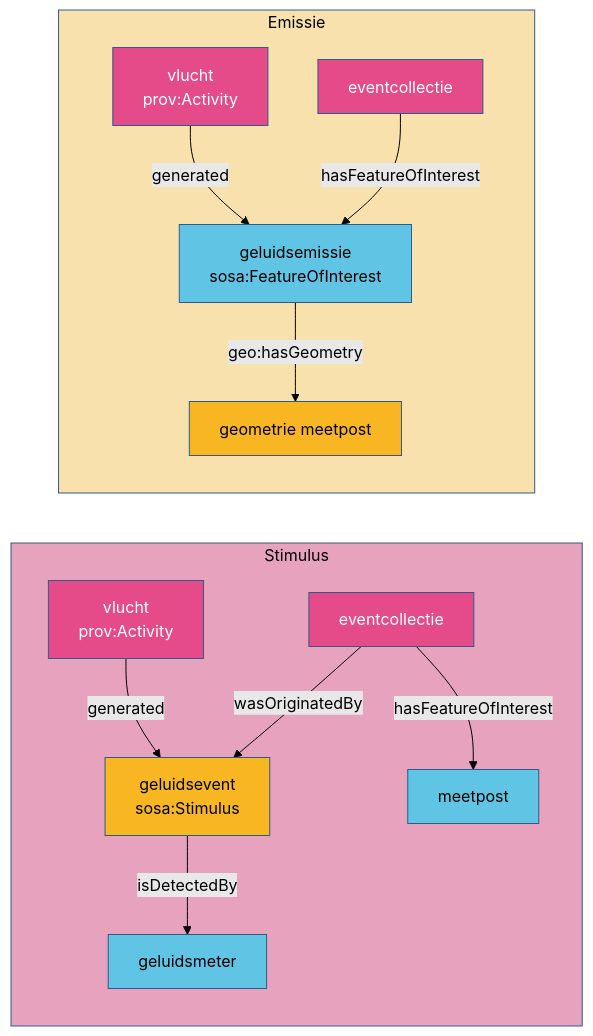
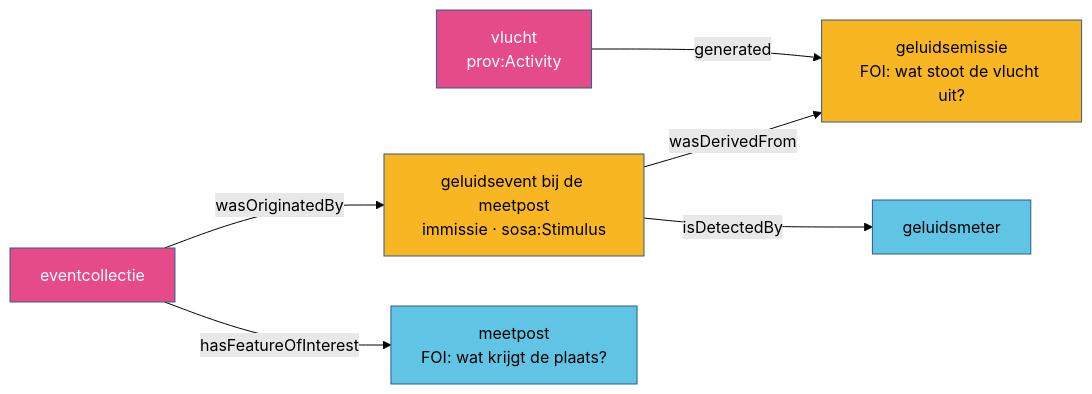
Before and after one commit to Informatievlaanderen/OSLOthema-SSNSOSA-VL: the diagram in docs/patronen/index.md, drawn with Mermaid (forest theme). The commit also changed other lines of this file and 12 other files, not shown here.

First line of the commit message:
Patroon emissie en immissie; geluidsmeetnet/keten

````diff
--- a/docs/patronen/index.md
+++ b/docs/patronen/index.md
@@ -22,26 +24,15 @@
 ```mermaid
 flowchart LR
-    subgraph ST["Stimulus"]
-        v1["vlucht<br/>prov:Activity"] -->|generated| e1["geluidsevent<br/>sosa:Stimulus"]
-        e1 -->|isDetectedBy| s1["geluidsmeter"]
-        c1["eventcollectie"] -->|wasOriginatedBy| e1
-        c1 -->|hasFeatureOfInterest| m1["meetpost"]
-    end
-    subgraph EM["Emissie"]
-        v2["vlucht<br/>prov:Activity"] -->|generated| e2["geluidsemissie<br/>sosa:FeatureOfInterest"]
-        c2["eventcollectie"] -->|hasFeatureOfInterest| e2
-        e2 -->|geo:hasGeometry| g2["geometrie meetpost"]
-    end
+    v["vlucht<br/>prov:Activity"] -->|generated| e["geluidsemissie<br/>FOI: wat stoot de vlucht uit?"]
+    i["geluidsevent bij de meetpost<br/>immissie · sosa:Stimulus"] -->|wasDerivedFrom| e
+    i -->|isDetectedBy| s["geluidsmeter"]
+    c["eventcollectie"] -->|wasOriginatedBy| i
+    c -->|hasFeatureOfInterest| m["meetpost<br/>FOI: wat krijgt de plaats?"]
 
-    style ST fill:#e7a3be,stroke:#2E5C8A,color:#000
-    style EM fill:#f8e1ad,stroke:#2E5C8A,color:#000
-    style v1 fill:#e54b89,stroke:#2E5C8A,color:#fff
-    style v2 fill:#e54b89,stroke:#2E5C8A,color:#fff
-    style e1 fill:#f8b622,stroke:#2E5C8A,color:#000
-    style e2 fill:#60c4e4,stroke:#2E5C8A,color:#000
-    style s1 fill:#60c4e4,stroke:#2E5C8A,color:#000
-    style c1 fill:#e54b89,stroke:#2E5C8A,color:#fff
-    style c2 fill:#e54b89,stroke:#2E5C8A,color:#fff
-    style m1 fill:#60c4e4,stroke:#2E5C8A,color:#000
-    style g2 fill:#f8b622,stroke:#2E5C8A,color:#000
+    style v fill:#e54b89,stroke:#2E5C8A,color:#fff
+    style e fill:#f8b622,stroke:#2E5C8A,color:#000
+    style i fill:#f8b622,stroke:#2E5C8A,color:#000
+    style s fill:#60c4e4,stroke:#2E5C8A,color:#000
+    style c fill:#e54b89,stroke:#2E5C8A,color:#fff
+    style m fill:#60c4e4,stroke:#2E5C8A,color:#000
 ```
````
